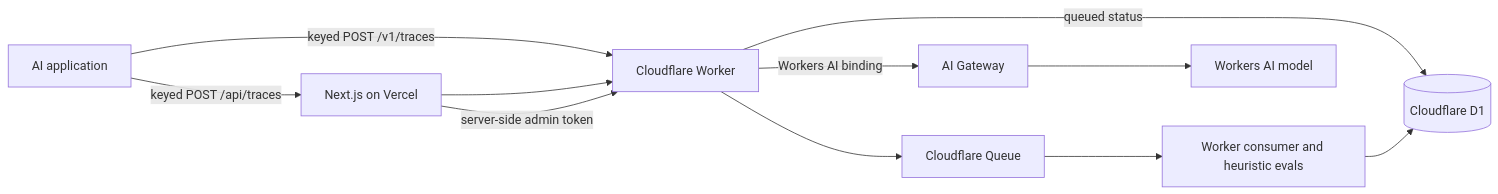
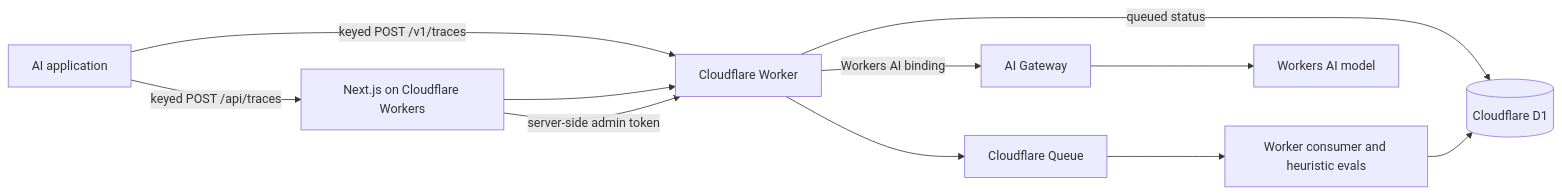
One commit to aryanwagh05/TraceScope changed the diagram in README.md. Above: the diagram before and after it, drawn with Mermaid. The commit also changed other lines of this file and 7 other files, not shown here.

Commit message:
Deploy TraceScope frontend on Cloudflare Workers

````diff
--- a/README.md
+++ b/README.md
@@ -9,13 +9,13 @@
 ```mermaid
 flowchart LR
   App[AI application] -->|keyed POST /v1/traces| Worker[Cloudflare Worker]
-  App -->|keyed POST /api/traces| Vercel[Next.js on Vercel]
-  Vercel --> Worker
+  App -->|keyed POST /api/traces| Web[Next.js on Cloudflare Workers]
+  Web --> Worker
   Worker -->|queued status| D1[(Cloudflare D1)]
   Worker --> Queue[Cloudflare Queue]
   Queue --> Consumer[Worker consumer and heuristic evals]
   Consumer --> D1
-  Vercel -->|server-side admin token| Worker
+  Web -->|server-side admin token| Worker
   Worker -->|Workers AI binding| Gateway[AI Gateway]
   Gateway --> Model[Workers AI model]
 ```
````
